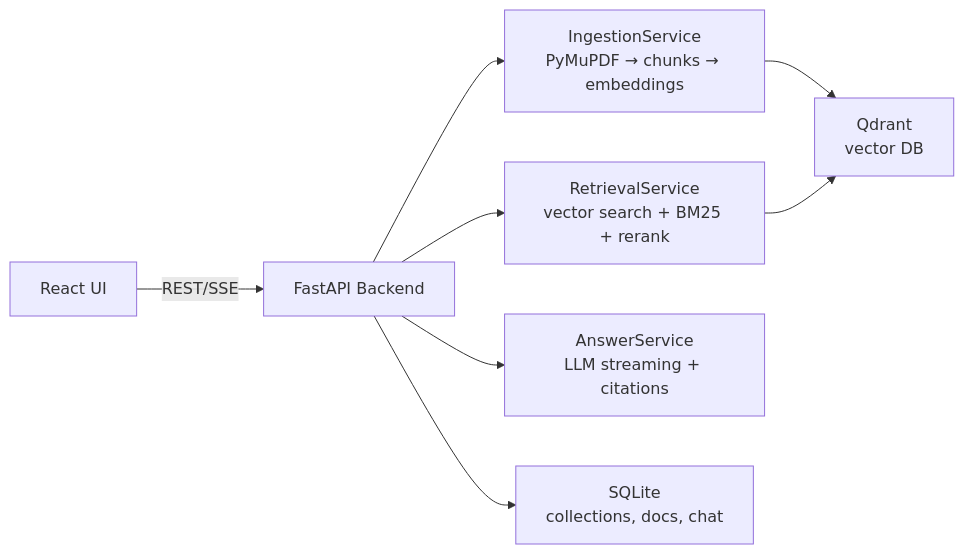
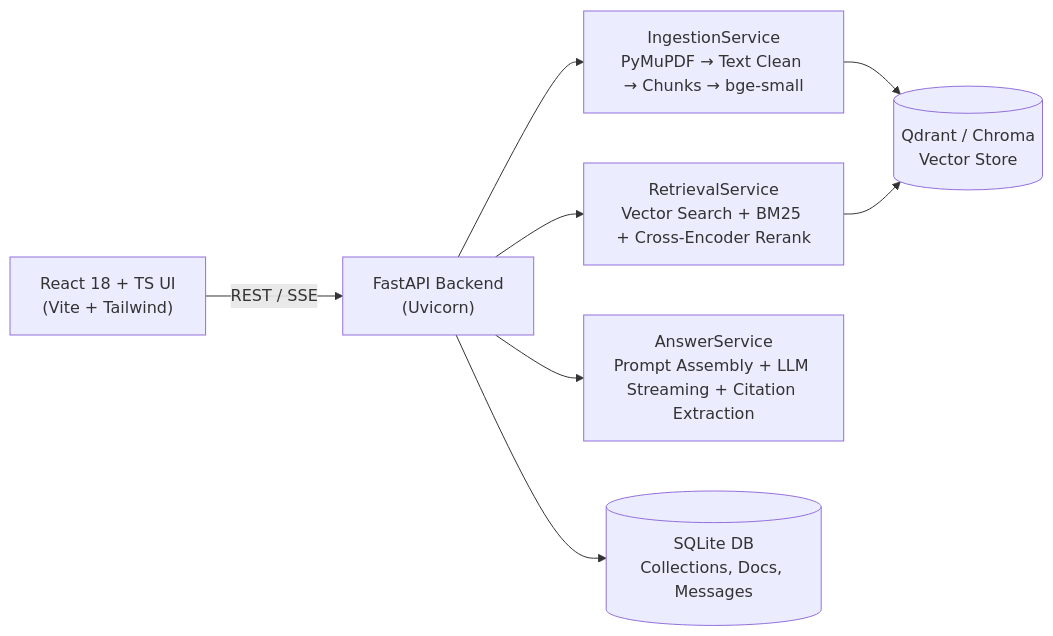
The first of 2 diagrams in researchvault/README.md (Lohunn/Research-Vault), drawn with Mermaid before and after one commit. The commit also changed other lines of this file and 1 other file, not shown here.

Commit message:
docs: add detailed how-it-works steps and sequence diagram to README

````diff
--- a/researchvault/README.md
+++ b/researchvault/README.md
@@ -19,10 +19,10 @@
 ```mermaid
 flowchart LR
-    UI["React UI"] -->|REST/SSE| API["FastAPI Backend"]
-    API --> IS["IngestionService\nPyMuPDF → chunks → embeddings"]
-    API --> RS["RetrievalService\nvector search + BM25 + rerank"]
-    API --> AS["AnswerService\nLLM streaming + citations"]
-    IS --> QD["Qdrant\nvector DB"]
+    UI["React 18 + TS UI\n(Vite + Tailwind)"] -->|REST / SSE| API["FastAPI Backend\n(Uvicorn)"]
+    API --> IS["IngestionService\nPyMuPDF → Text Clean → Chunks → bge-small"]
+    API --> RS["RetrievalService\nVector Search + BM25 + Cross-Encoder Rerank"]
+    API --> AS["AnswerService\nPrompt Assembly + LLM Streaming + Citation Extraction"]
+    IS --> QD[("Qdrant / Chroma\nVector Store")]
     RS --> QD
-    API --> DB["SQLite\ncollections, docs, chat"]
+    API --> DB[("SQLite DB\nCollections, Docs, Messages")]
 ```
````
